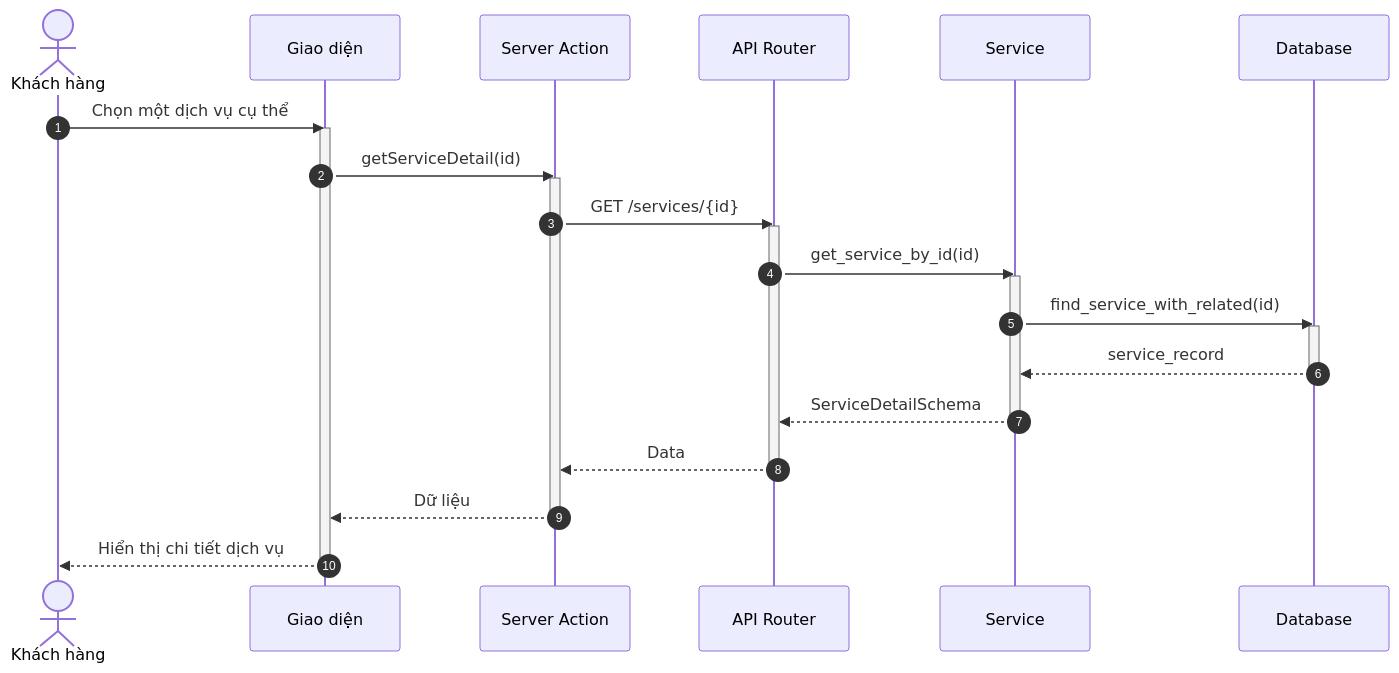
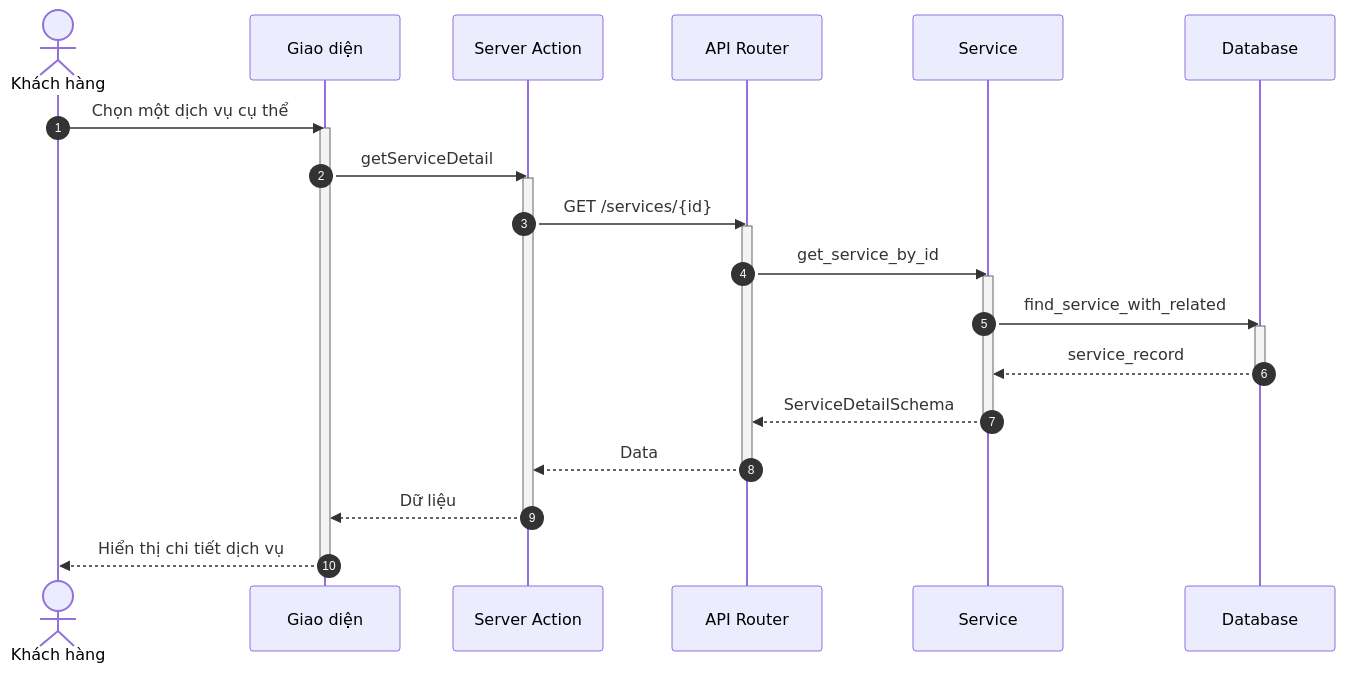
One commit to ngoctinn/Synapse changed the second of 8 diagrams in docs/design/sequences/customer_flows.md. Above: the diagram before and after it, drawn with Mermaid. The commit also changed other lines of this file and 1 other file, not shown here.

Commit message:
feat: Add sequence diagrams for admin and customer flows.

````diff
--- a/docs/design/sequences/customer_flows.md
+++ b/docs/design/sequences/customer_flows.md
@@ -70,38 +70,38 @@
 ```mermaid
 sequenceDiagram
     autonumber
     actor KH as Khách hàng
     participant UI as Giao diện
     participant BFF as Server Action
     participant API as API Router
     participant S as Service
     participant DB as Database
 
     KH->>UI: Chọn một dịch vụ cụ thể
     activate UI
-    UI->>BFF: getServiceDetail(id)
+    UI->>BFF: getServiceDetail
     activate BFF
 
     BFF->>API: GET /services/{id}
     activate API
 
-    API->>S: get_service_by_id(id)
+    API->>S: get_service_by_id
     activate S
 
-    S->>DB: find_service_with_related(id)
+    S->>DB: find_service_with_related
     activate DB
     DB-->>S: service_record
     deactivate DB
 
     S-->>API: ServiceDetailSchema
     deactivate S
 
     API-->>BFF: Data
     deactivate API
 
     BFF-->>UI: Dữ liệu
     deactivate BFF
 
     UI-->>KH: Hiển thị chi tiết dịch vụ
     deactivate UI
 ```
````
